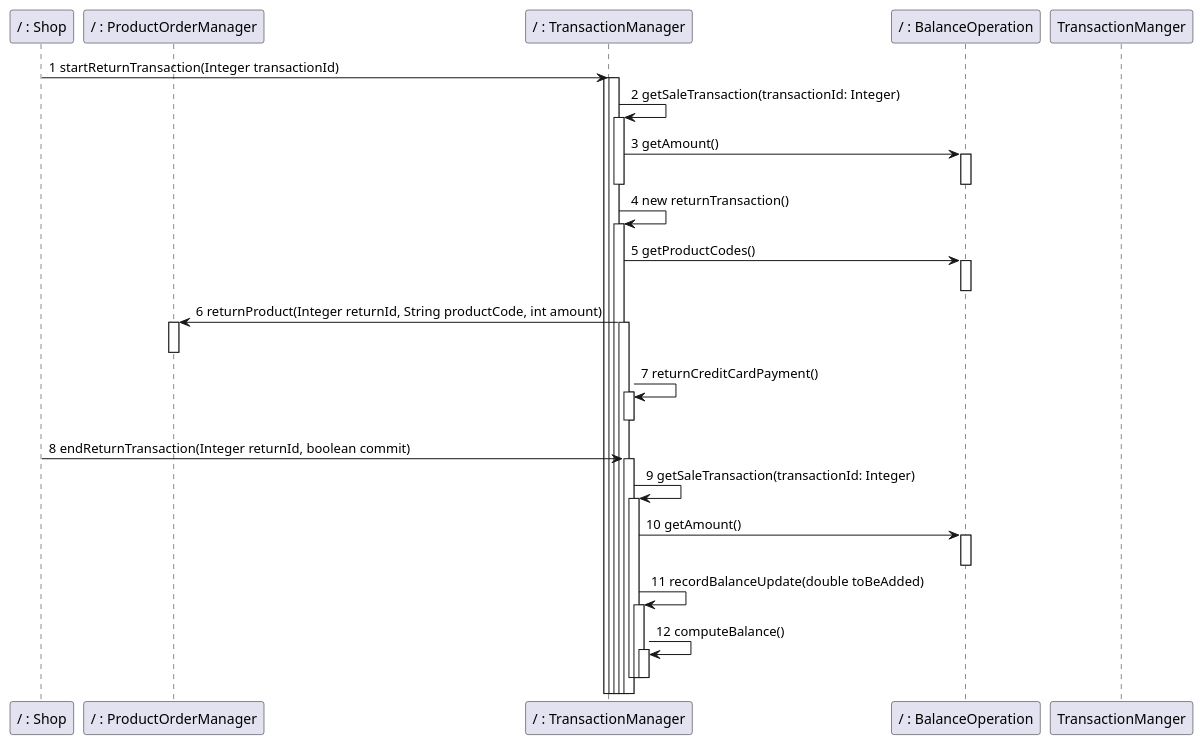
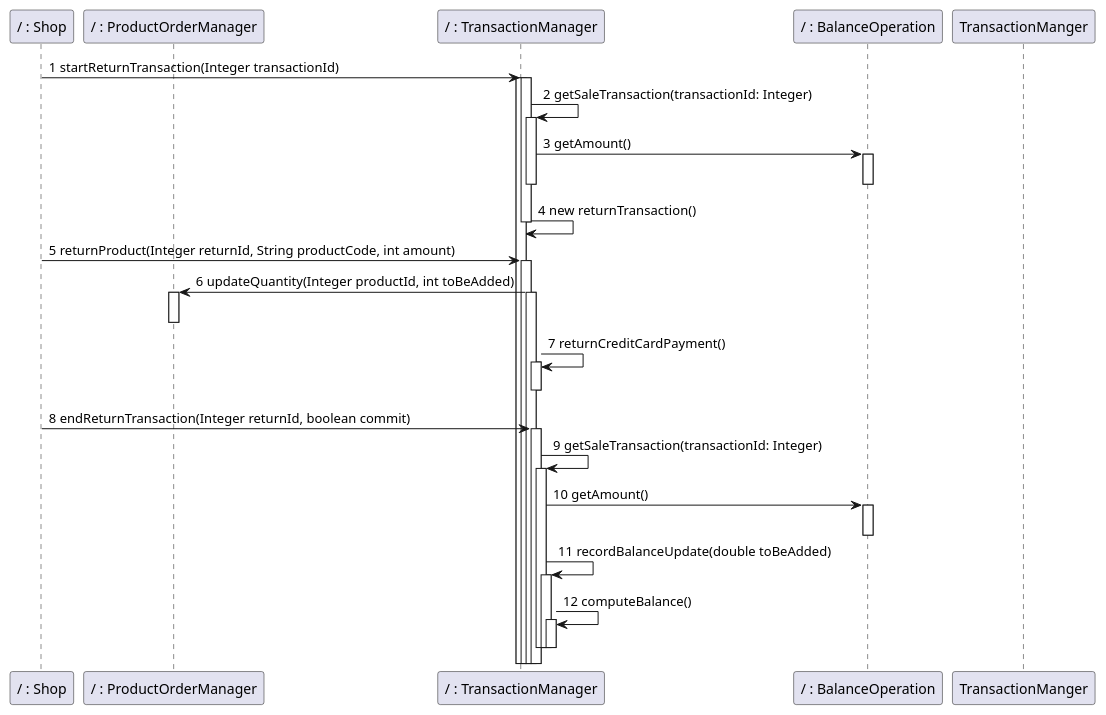
One commit to nicolabattaglino/ezshop changed diagram 30 of 34 in Deliverables/DesignDocument.md. Above: the diagram before and after it, drawn with PlantUML. The commit also changed other lines of this file, not shown here.

````diff
--- a/Deliverables/DesignDocument.md
+++ b/Deliverables/DesignDocument.md
@@ -1512,46 +1512,45 @@
 ```plantuml
 @startuml
 
 participant "/ : Shop" as Shop
 participant "/ : ProductOrderManager" as ProductOrderManager
 participant "/ : TransactionManager" as TransactionManager
 participant "/ : BalanceOperation" as BalanceOperation
 Shop -> TransactionManager:1 startReturnTransaction(Integer transactionId)
 activate TransactionManager
 
 activate TransactionManager
 TransactionManager -> TransactionManager:2 getSaleTransaction(transactionId: Integer)
 activate TransactionManager
 TransactionManager -> BalanceOperation :3 getAmount()
 activate BalanceOperation
 deactivate BalanceOperation
 deactivate TransactionManager
 TransactionManager -> TransactionManager:4 new returnTransaction()
+deactivate TransactionManager
+Shop -> TransactionManager:5 returnProduct(Integer returnId, String productCode, int amount)
 activate TransactionManager
-TransactionManager -> BalanceOperation :5 getProductCodes()
-activate BalanceOperation
-deactivate BalanceOperation
-TransactionManager -> ProductOrderManager:6 returnProduct(Integer returnId, String productCode, int amount)
+TransactionManager -> ProductOrderManager:6 updateQuantity(Integer productId, int toBeAdded)
 activate ProductOrderManager
 deactivate ProductOrderManager
 activate TransactionManager
 TransactionManager -> TransactionManager:7 returnCreditCardPayment()
 activate TransactionManager
 deactivate TransactionManager 
 Shop -> TransactionManager:8 endReturnTransaction(Integer returnId, boolean commit)
 activate TransactionManager
 TransactionManager -> TransactionManager:9 getSaleTransaction(transactionId: Integer)
 activate TransactionManager
 TransactionManager -> BalanceOperation :10 getAmount()
 activate BalanceOperation
 deactivate BalanceOperation
 deactivate TransactionManger 
 TransactionManager -> TransactionManager:11 recordBalanceUpdate(double toBeAdded)
 activate TransactionManager 
 TransactionManager -> TransactionManager:12 computeBalance()
 activate TransactionManager
 deactivate TransactionManager
 deactivate TransactionManager
 deactivate TransactionManager 
 @enduml
 ```
````
